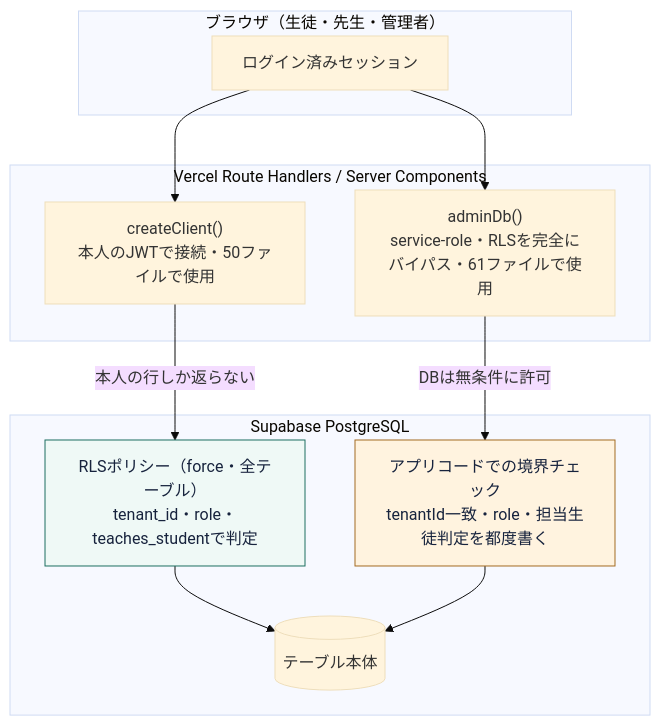
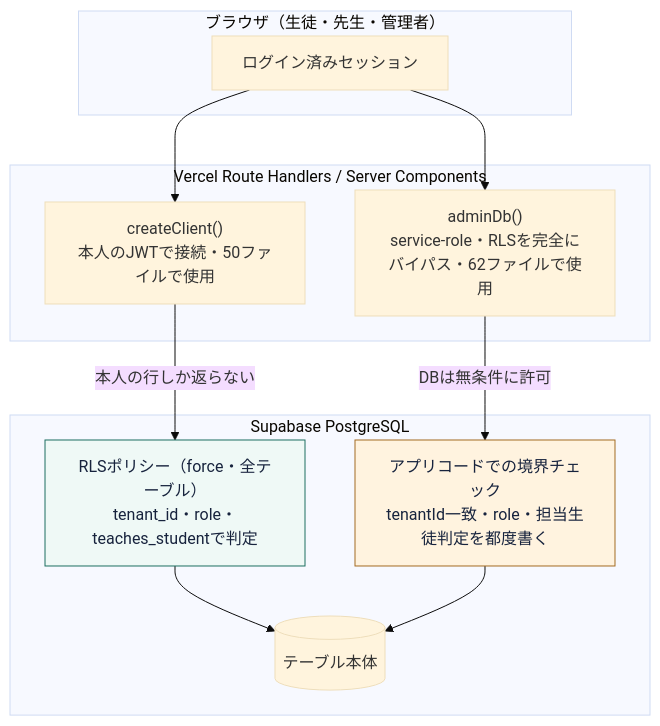
The fifth of 5 diagrams in docs/qiita-article.md (Ryuto42/toinowa), drawn with Mermaid (base theme) before and after one commit. The commit also changed other lines of this file and 9 other files, not shown here.

````diff
--- a/docs/qiita-article.md
+++ b/docs/qiita-article.md
@@ -374,24 +377,24 @@
 ```mermaid
 flowchart TB
     subgraph client["ブラウザ（生徒・先生・管理者）"]
         U["ログイン済みセッション"]
     end
 
     subgraph vercel["Vercel Route Handlers / Server Components"]
         RA["createClient()<br/>本人のJWTで接続・50ファイルで使用"]
-        RB["adminDb()<br/>service-role・RLSを完全にバイパス・61ファイルで使用"]
+        RB["adminDb()<br/>service-role・RLSを完全にバイパス・62ファイルで使用"]
     end
 
     subgraph supabase["Supabase PostgreSQL"]
         RLS["RLSポリシー（force・全テーブル）<br/>tenant_id・role・teaches_studentで判定"]
         APPCHECK["アプリコードでの境界チェック<br/>tenantId一致・role・担当生徒判定を都度書く"]
         PG[("テーブル本体")]
     end
 
     U --> RA & RB
     RA -->|本人の行しか返らない| RLS --> PG
     RB -->|DBは無条件に許可| APPCHECK --> PG
 
     style RLS fill:#eff9f6,stroke:#1c6e60,color:#17233d
     style APPCHECK fill:#fff3df,stroke:#a36b22,color:#17233d
 ```
````
